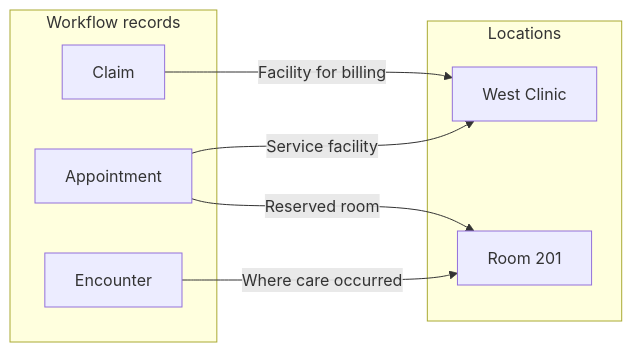
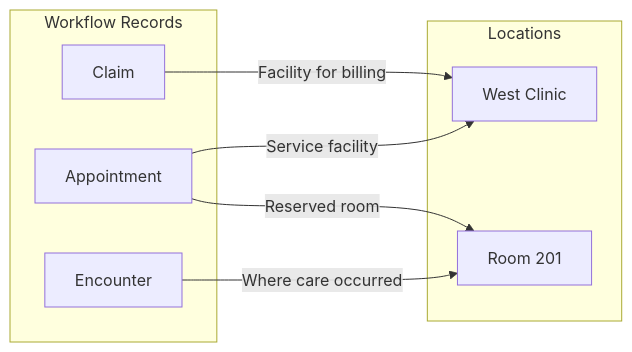
One commit to medplum/medplum changed the second of 2 diagrams in packages/docs/docs/administration/locations-and-facilities.md. Above: the diagram before and after it, drawn with Mermaid. The commit also changed other lines of this file and 3 other files, not shown here.

````diff
--- a/packages/docs/docs/administration/locations-and-facilities.md
+++ b/packages/docs/docs/administration/locations-and-facilities.md
@@ -77,18 +82,18 @@
 ```mermaid
 flowchart LR
-    subgraph records["Workflow records"]
+    subgraph records["Workflow Records"]
         claim["Claim"]
         appointment["Appointment"]
         encounter["Encounter"]
     end
 
     subgraph places["Locations"]
         clinic["West Clinic"]
         room["Room 201"]
     end
 
     claim -->|Facility for billing| clinic
     appointment -->|Service facility| clinic
     appointment -->|Reserved room| room
     encounter -->|Where care occurred| room
 ```
````
